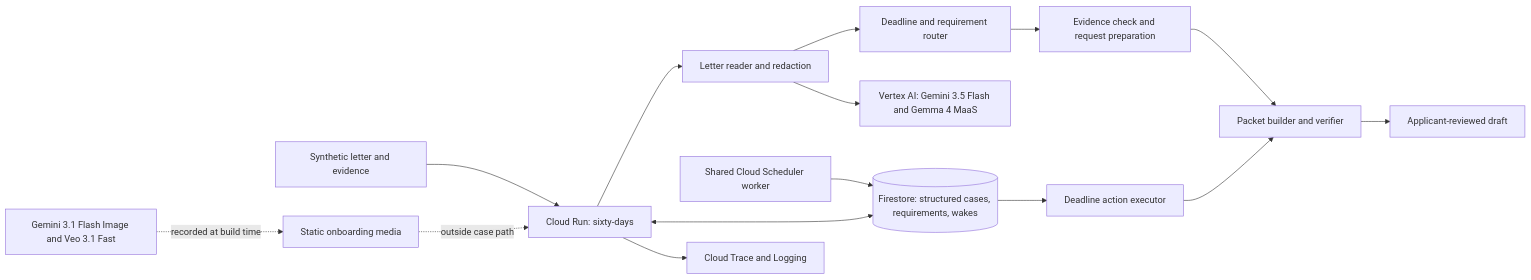
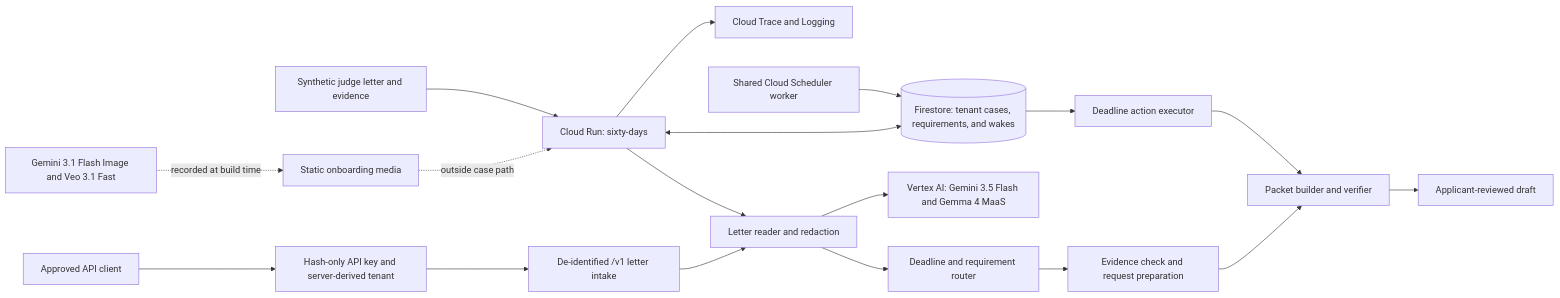
One commit to usv240/sixty-days changed the diagram in docs/architecture.mmd. Above: the diagram before and after it, drawn with Mermaid. The commit also changed 25 other files, not shown here.

Commit message:
Add key-protected deidentified appeal API

```diff
--- a/docs/architecture.mmd
+++ b/docs/architecture.mmd
@@ -1,15 +1,18 @@
 flowchart LR
-    A[Synthetic letter and evidence] --> B[Cloud Run: sixty-days]
+    A[Synthetic judge letter and evidence] --> B[Cloud Run: sixty-days]
+    API[Approved API client] --> K[Hash-only API key and server-derived tenant]
+    K --> DI[De-identified /v1 letter intake]
     B --> L[Letter reader and redaction]
+    DI --> L
     L --> D[Deadline and requirement router]
     D --> E[Evidence check and request preparation]
     E --> P[Packet builder and verifier]
-    B <--> F[(Firestore: structured cases, requirements, wakes)]
+    B <--> F[(Firestore: tenant cases, requirements, and wakes)]
     L --> V[Vertex AI: Gemini 3.5 Flash and Gemma 4 MaaS]
     F --> X[Deadline action executor]
     X --> P
     S[Shared Cloud Scheduler worker] --> F
     B --> T[Cloud Trace and Logging]
     P --> H[Applicant-reviewed draft]
     M[Gemini 3.1 Flash Image and Veo 3.1 Fast] -. recorded at build time .-> O[Static onboarding media]
     O -. outside case path .-> B
```
